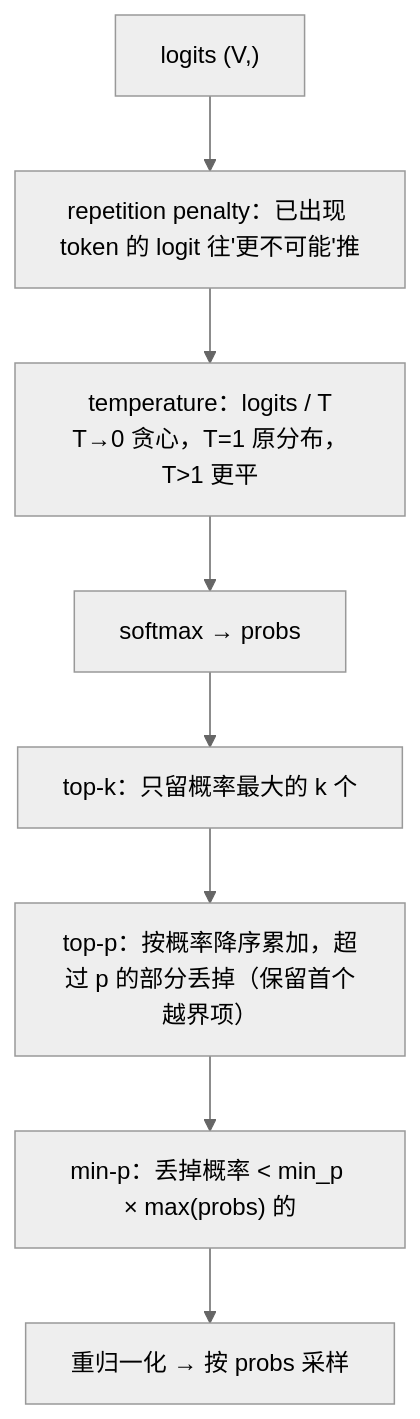
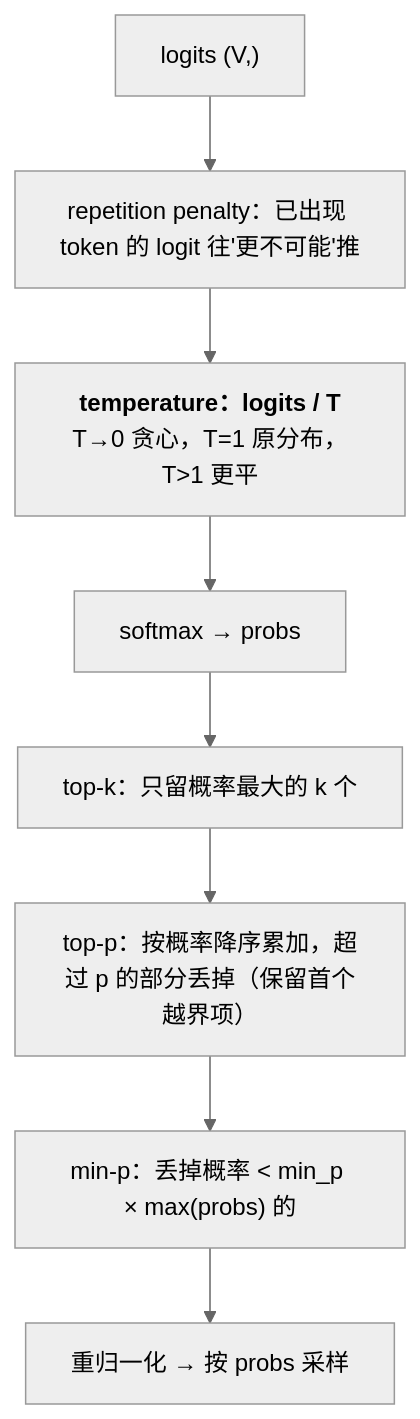
The second of 2 diagrams in _posts/2025-12-17-coding-interview-tokenizer-and-decoding.md (arganzheng/arganzheng.github.com), drawn with Mermaid (neutral theme) before and after one commit. The commit also changed 12 other files, not shown here.

First line of the commit message:
面试手撕代码：从 LeetCode 中等题到 Transformer 组件：Mermaid 多行方框的首行标为标题（13 篇）

````diff
--- a/_posts/2025-12-17-coding-interview-tokenizer-and-decoding.md
+++ b/_posts/2025-12-17-coding-interview-tokenizer-and-decoding.md
@@ -98,10 +98,10 @@
 ```mermaid
 flowchart TB
     L["logits (V,)"] --> R["repetition penalty：已出现 token 的 logit 往'更不可能'推"]
-    R --> T["temperature：logits / T<br>T→0 贪心，T=1 原分布，T&gt;1 更平"]
+    R --> T["<b>temperature：logits / T</b><br>T→0 贪心，T=1 原分布，T&gt;1 更平"]
     T --> S["softmax → probs"]
     S --> K["top-k：只留概率最大的 k 个"]
     K --> P["top-p：按概率降序累加，超过 p 的部分丢掉（保留首个越界项）"]
     P --> M["min-p：丢掉概率 &lt; min_p × max(probs) 的"]
     M --> N["重归一化 → 按 probs 采样"]
 ```
````
